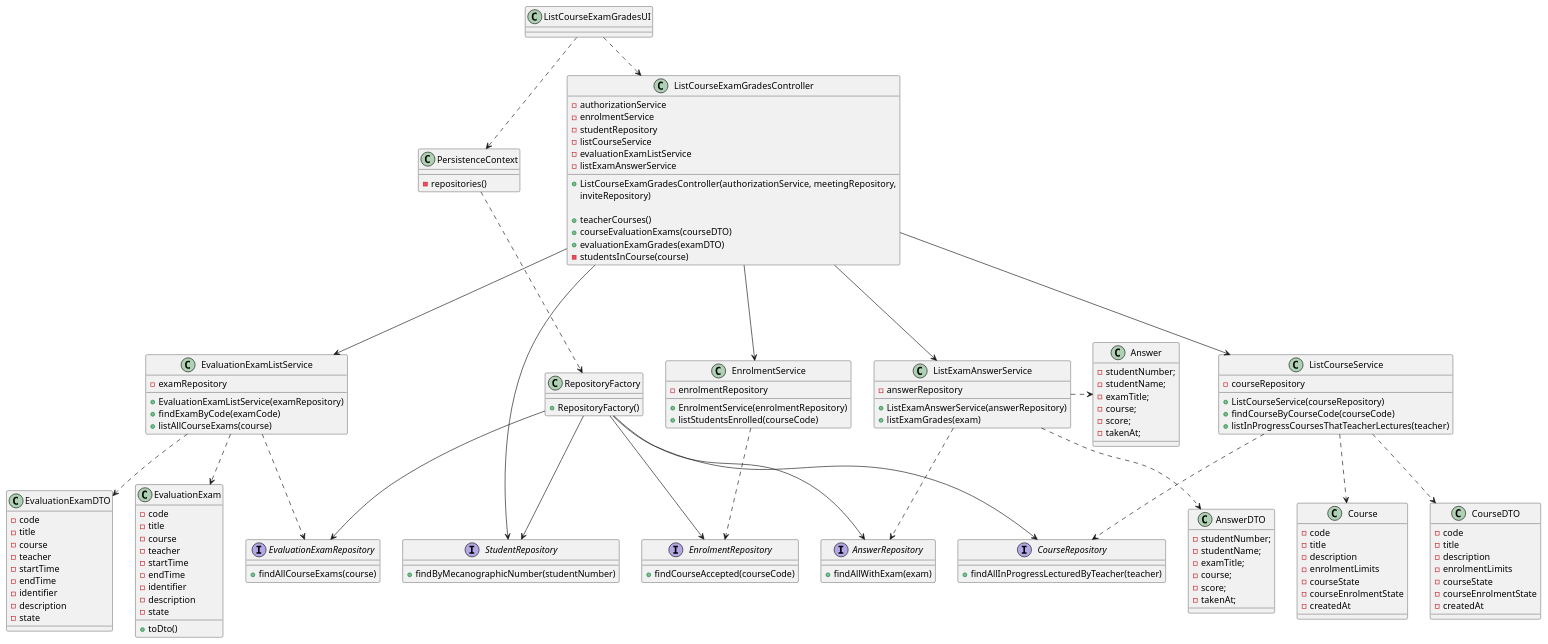
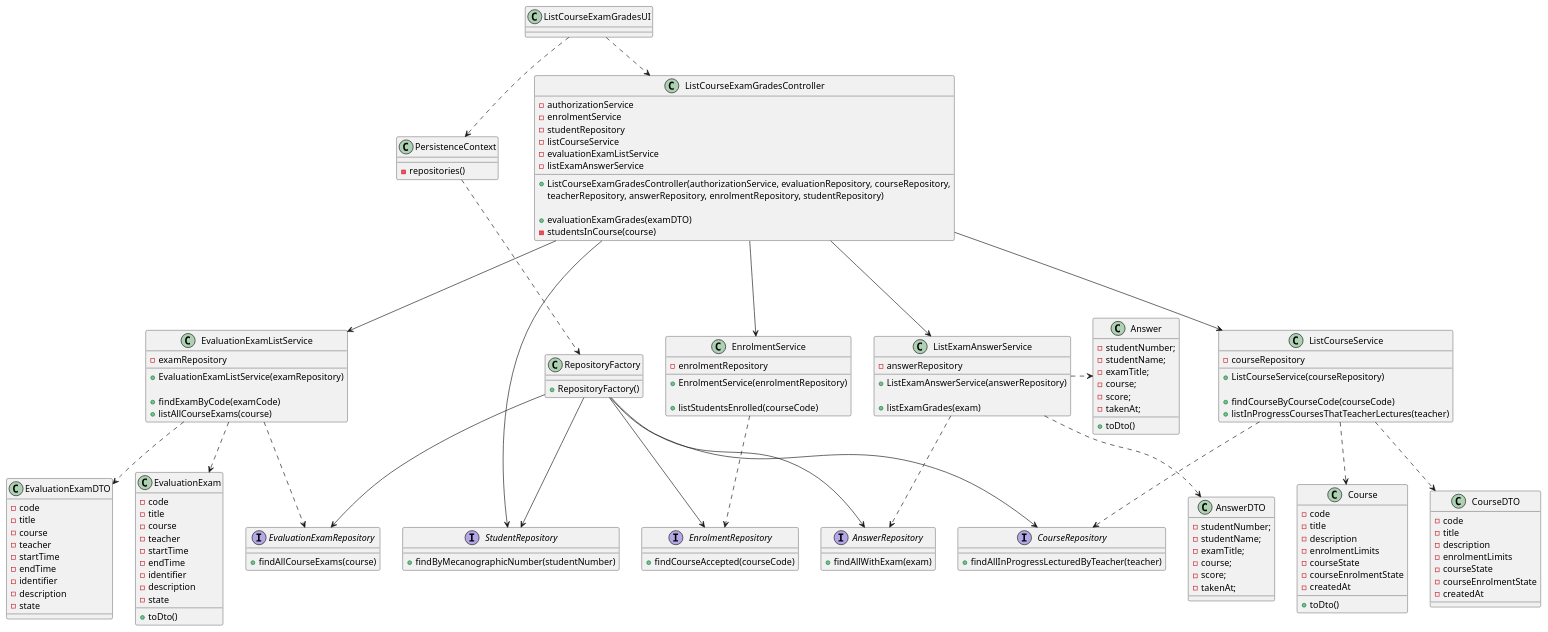
Before and after one commit to miseEnPlace-dev/lapr4: the diagram in docs/sprint-c/us38-2006/US2006_CD.puml, drawn with PlantUML. The commit also changed 6 other files, not shown here.

```diff
--- a/docs/sprint-c/us38-2006/US2006_CD.puml
+++ b/docs/sprint-c/us38-2006/US2006_CD.puml
@@ -1,182 +1,188 @@
 @startuml US2006_CD
 'https://plantuml.com/class-diagram
 
 class ListCourseExamGradesUI {
 
 }
 
 class ListCourseExamGradesController {
 - authorizationService
 - enrolmentService
 - studentRepository
 - listCourseService
 - evaluationExamListService
 - listExamAnswerService
 
-+ ListCourseExamGradesController(authorizationService, meetingRepository,
-inviteRepository)
++ ListCourseExamGradesController(authorizationService, evaluationRepository, courseRepository,
+ teacherRepository, answerRepository, enrolmentRepository, studentRepository)
 
-+ teacherCourses()
-+ courseEvaluationExams(courseDTO)
 + evaluationExamGrades(examDTO)
 - studentsInCourse(course)
 }
 
 class Answer {
 - studentNumber;
 - studentName;
 - examTitle;
 - course;
 - score;
 - takenAt;
+
++ toDto()
 }
 
 class AnswerDTO {
 - studentNumber;
 - studentName;
 - examTitle;
 - course;
 - score;
 - takenAt;
 }
 
 interface AnswerRepository {
 + findAllWithExam(exam)
 }
 
 class ListExamAnswerService
 {
 - answerRepository
 
 + ListExamAnswerService(answerRepository)
+
 + listExamGrades(exam)
 }
 
 class ListCourseService {
 - courseRepository
 
 + ListCourseService(courseRepository)
+
 + findCourseByCourseCode(courseCode)
 + listInProgressCoursesThatTeacherLectures(teacher)
 }
 
 interface CourseRepository {
   + findAllInProgressLecturedByTeacher(teacher)
 }
 
 
 class Course {
   - code
   - title
   - description
   - enrolmentLimits
   - courseState
   - courseEnrolmentState
   - createdAt
+
+  + toDto()
 }
 
 class CourseDTO {
   - code
   - title
   - description
   - enrolmentLimits
   - courseState
   - courseEnrolmentState
   - createdAt
 }
 
 interface EvaluationExamRepository {
 + findAllCourseExams(course)
 }
 
 
 class EvaluationExamListService {
 - examRepository
 
 + EvaluationExamListService(examRepository)
+
 + findExamByCode(examCode)
 + listAllCourseExams(course)
 }
 
 class EvaluationExamDTO {
 - code
 - title
 - course
 - teacher
 - startTime
 - endTime
 - identifier
 - description
 - state
 }
 
 class EvaluationExam {
 - code
 - title
 - course
 - teacher
 - startTime
 - endTime
 - identifier
 - description
 - state
 + toDto()
 }
 
 class EnrolmentService {
 - enrolmentRepository
 
 
 + EnrolmentService(enrolmentRepository)
+
 + listStudentsEnrolled(courseCode)
 }
 
 interface EnrolmentRepository {
 + findCourseAccepted(courseCode)
 }
 
 class RepositoryFactory {
   + RepositoryFactory()
 }
 
 interface StudentRepository {
   + findByMecanographicNumber(studentNumber)
 }
 
 
 class PersistenceContext {
   - repositories()
 }
 
 ListCourseExamGradesUI ..> ListCourseExamGradesController
 ListCourseExamGradesUI ..> PersistenceContext
 PersistenceContext ..> RepositoryFactory
 
 RepositoryFactory --> AnswerRepository
 RepositoryFactory --> CourseRepository
 RepositoryFactory --> EvaluationExamRepository
 RepositoryFactory --> EnrolmentRepository
 RepositoryFactory --> StudentRepository
 
 ListCourseExamGradesController ---> ListCourseService
 ListCourseExamGradesController ---> ListExamAnswerService
 ListCourseExamGradesController ---> EvaluationExamListService
 ListCourseExamGradesController ---> EnrolmentService
 ListCourseExamGradesController ---> StudentRepository
 
 EvaluationExamListService ..> EvaluationExam
 EvaluationExamListService ..> EvaluationExamDTO
 EvaluationExamListService ..> EvaluationExamRepository
 
 
 EnrolmentService ..> EnrolmentRepository
 
 ListCourseService ..> Course
 ListCourseService ..> CourseDTO
 ListCourseService ..> CourseRepository
 
 ListExamAnswerService .> Answer
 ListExamAnswerService ..> AnswerDTO
 ListExamAnswerService ..> AnswerRepository
 
 @enduml
```
